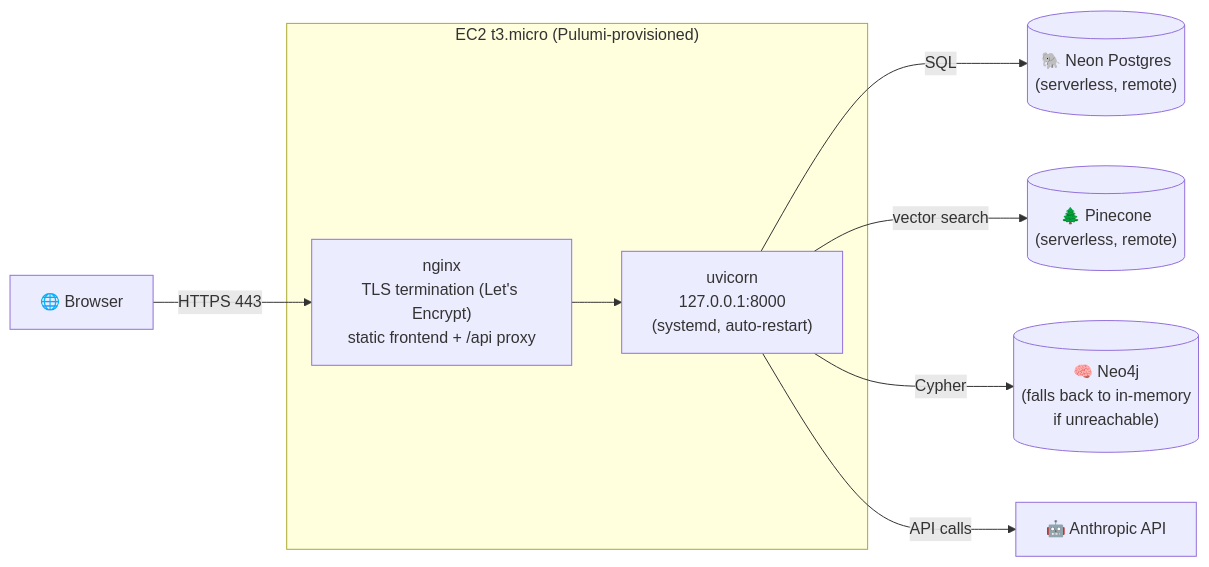
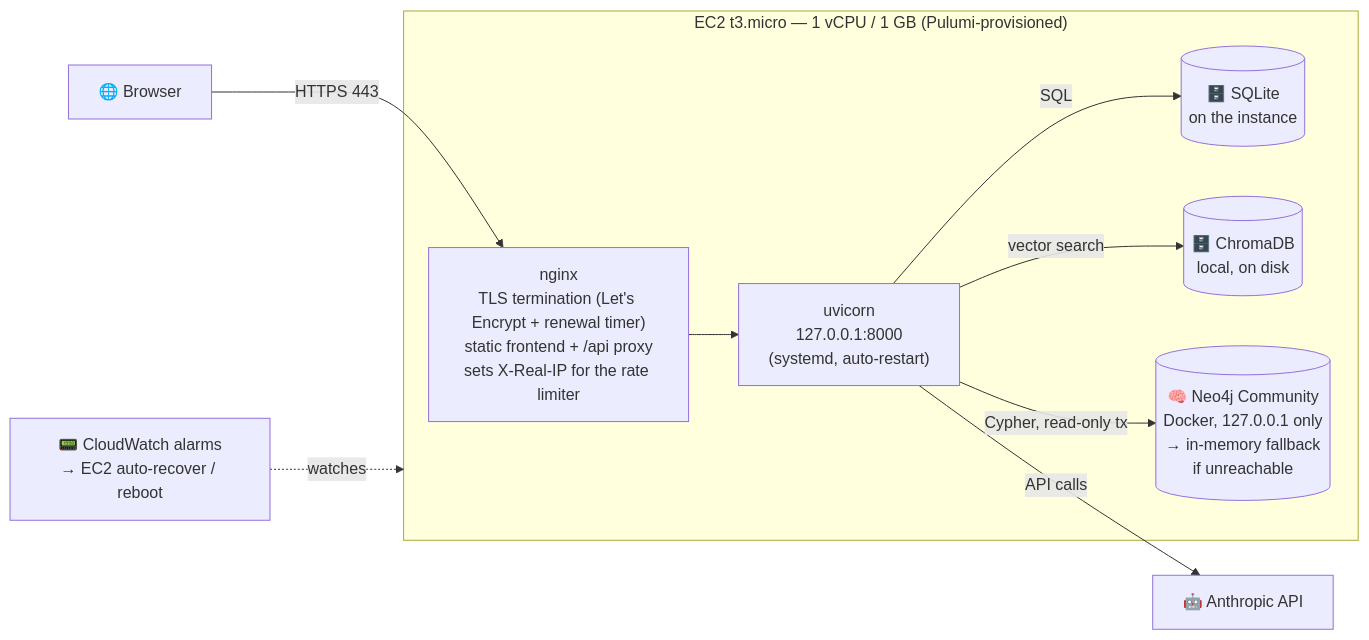
Before and after one commit to taroserigano/rentready: the second of 2 diagrams in README.md, drawn with Mermaid. The commit also changed other lines of this file, not shown here.

````diff
--- a/README.md
+++ b/README.md
@@ -212,13 +272,14 @@
 ```mermaid
 flowchart LR
     USER["🌐 Browser"] -->|HTTPS 443| NGINX
 
-    subgraph EC2 ["EC2 t3.micro (Pulumi-provisioned)"]
-        NGINX["nginx\nTLS termination (Let's Encrypt)\nstatic frontend + /api proxy"] --> UVI["uvicorn\n127.0.0.1:8000\n(systemd, auto-restart)"]
+    subgraph EC2 ["EC2 t3.micro — 1 vCPU / 1 GB (Pulumi-provisioned)"]
+        NGINX["nginx\nTLS termination (Let's Encrypt + renewal timer)\nstatic frontend + /api proxy\nsets X-Real-IP for the rate limiter"] --> UVI["uvicorn\n127.0.0.1:8000\n(systemd, auto-restart)"]
+        UVI -->|SQL| SQLITE[("🗄️ SQLite\non the instance")]
+        UVI -->|vector search| CHROMA[("🗄️ ChromaDB\nlocal, on disk")]
+        UVI -->|Cypher, read-only tx| N4J[("🧠 Neo4j Community\nDocker, 127.0.0.1 only\n→ in-memory fallback\nif unreachable")]
     end
 
-    UVI -->|SQL| NEON[("🐘 Neon Postgres\n(serverless, remote)")]
-    UVI -->|vector search| PC[("🌲 Pinecone\n(serverless, remote)")]
-    UVI -->|Cypher| N4J[("🧠 Neo4j\n(falls back to in-memory\nif unreachable)")]
     UVI -->|API calls| CLAUDE["🤖 Anthropic API"]
+    CW["📟 CloudWatch alarms\n→ EC2 auto-recover / reboot"] -.watches.-> EC2
 ```
````
